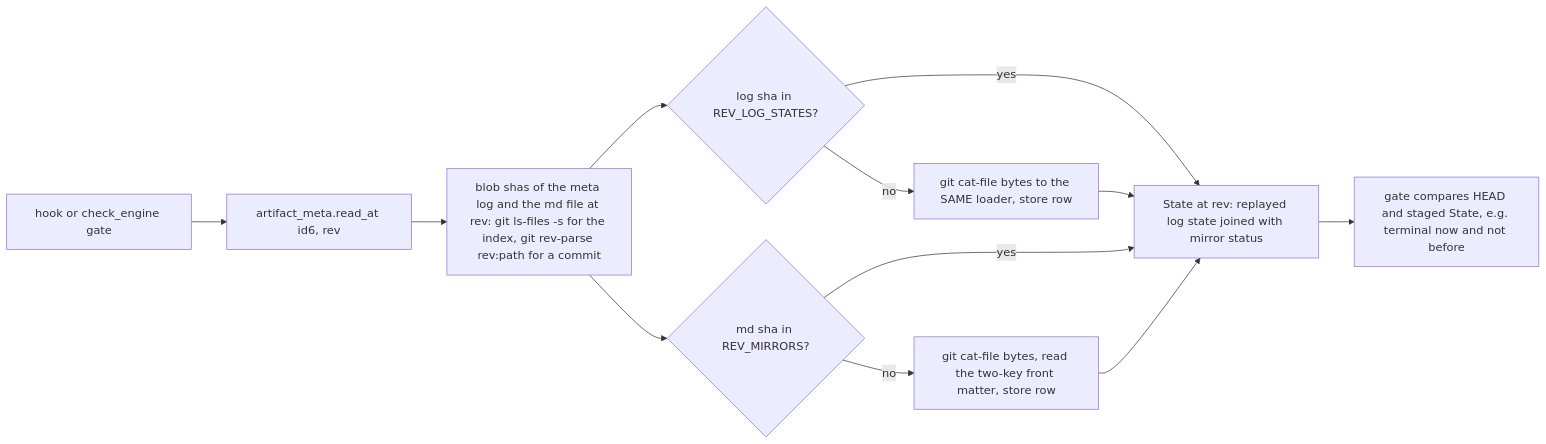
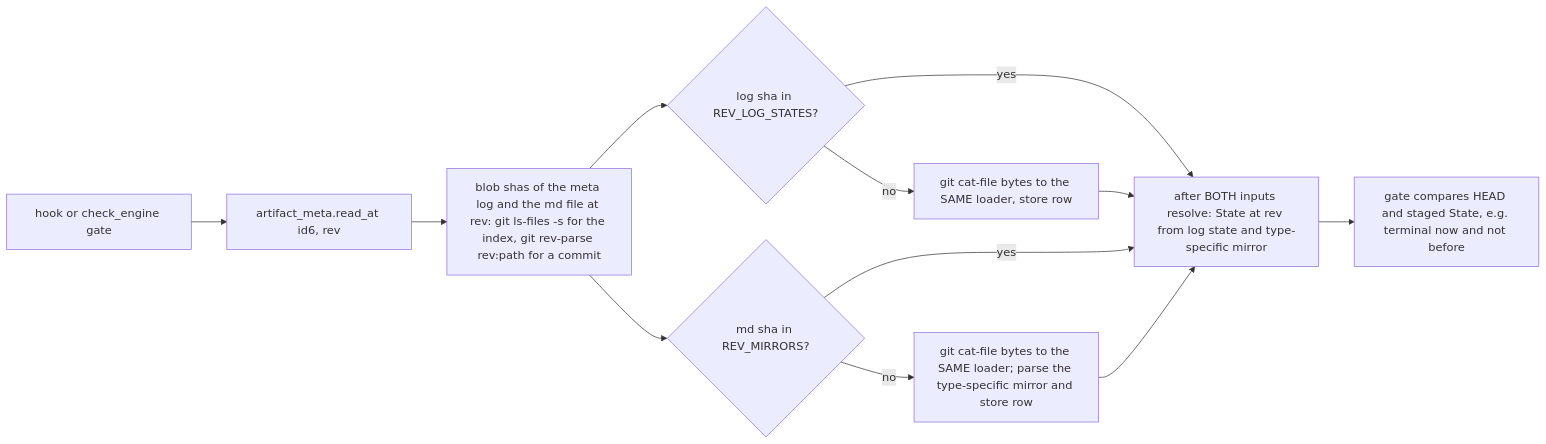
The sixth of 10 diagrams in .aw/records/specs/reviewed/20260925-metastore-01-4sd62s-artifact-metadata-store.spec.md (fariello/agent-workflows), drawn with Mermaid before and after one commit. The commit also changed other lines of this file and 1 other file, not shown here.

First line of the commit message:
spec-review: harden artifact metadata store (revisions applied)

````diff
--- a/.aw/records/specs/reviewed/20260925-metastore-01-4sd62s-artifact-metadata-store.spec.md
+++ b/.aw/records/specs/reviewed/20260925-metastore-01-4sd62s-artifact-metadata-store.spec.md
@@ -1378,14 +1483,14 @@
 ```mermaid
 flowchart LR
     A["hook or check_engine gate"] --> B["artifact_meta.read_at id6, rev"]
     B --> C["blob shas of the meta log and the md file at rev: git ls-files -s for the index, git rev-parse rev:path for a commit"]
     C --> D1{"log sha in REV_LOG_STATES?"}
     C --> D2{"md sha in REV_MIRRORS?"}
     D1 -- no --> E1["git cat-file bytes to the SAME loader, store row"]
-    D2 -- no --> E2["git cat-file bytes, read the two-key front matter, store row"]
+    D2 -- no --> E2["git cat-file bytes to the SAME loader; parse the type-specific mirror and store row"]
     D1 -- yes --> F
     E1 --> F
     D2 -- yes --> F
-    E2 --> F["State at rev: replayed log state joined with mirror status"]
+    E2 --> F["after BOTH inputs resolve: State at rev from log state and type-specific mirror"]
     F --> G["gate compares HEAD and staged State, e.g. terminal now and not before"]
 ```
````
